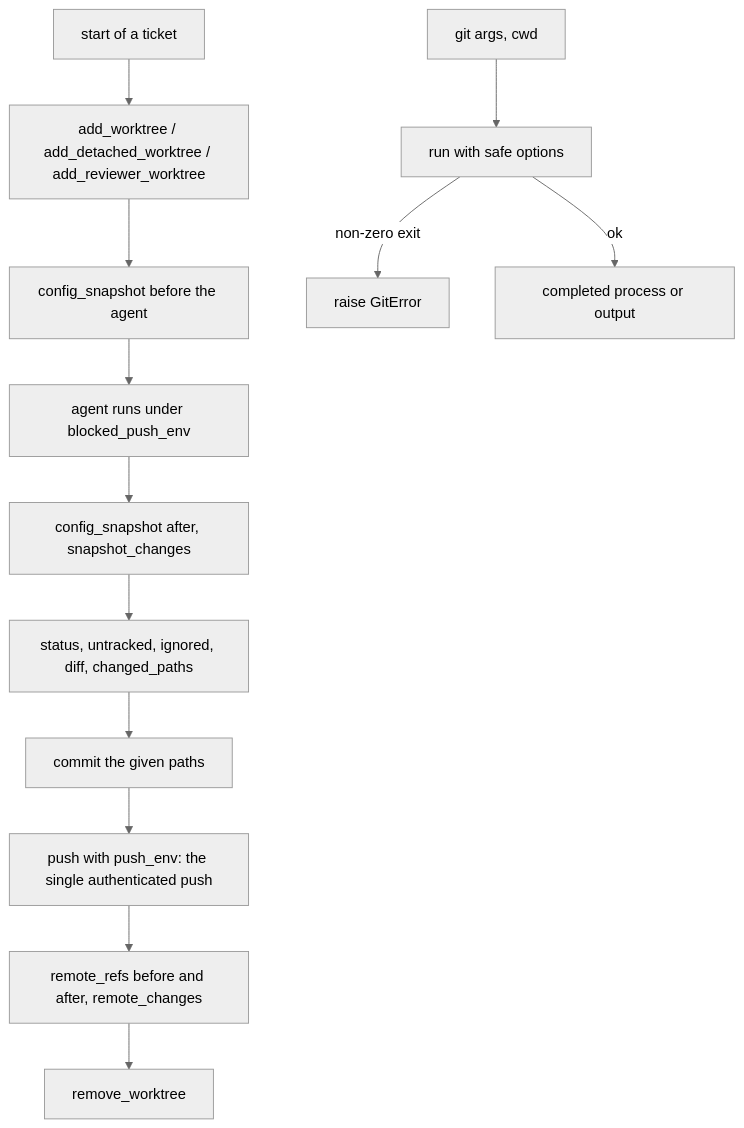
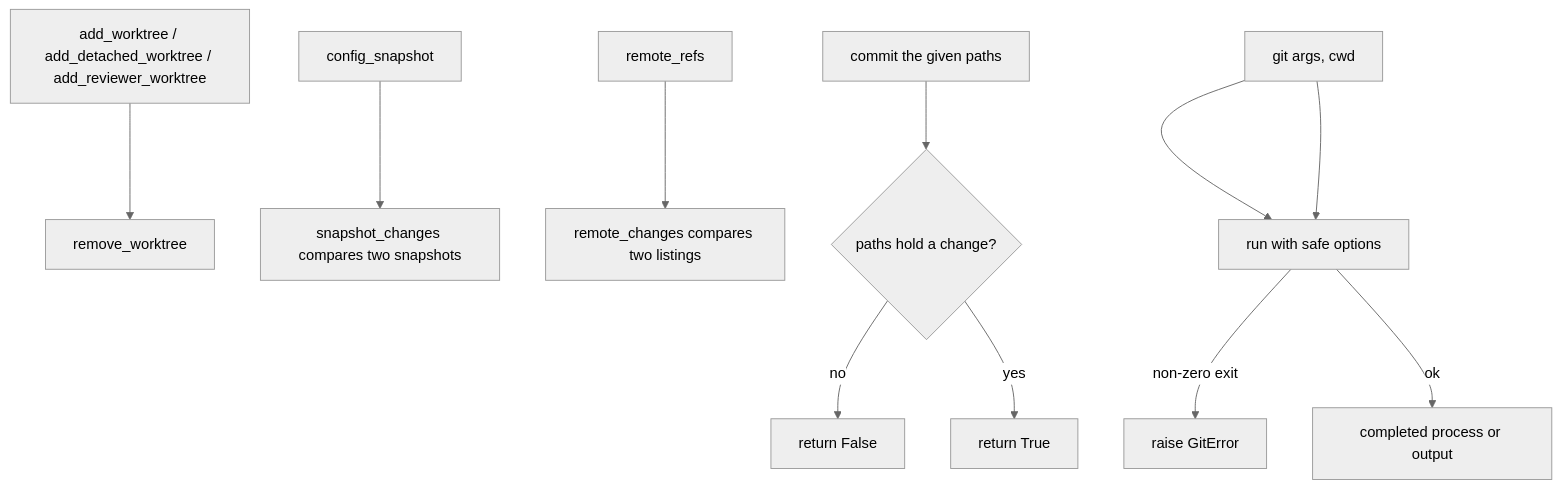
Before and after one commit to plaplanche/ariane: the first of 3 diagrams in docs/architecture/modules/git.md, drawn with Mermaid (neutral theme). The commit also changed other lines of this file and 3 other files, not shown here.

````diff
--- a/docs/architecture/modules/git.md
+++ b/docs/architecture/modules/git.md
@@ -64,15 +64,13 @@
 ```mermaid
 flowchart TD
-  A[start of a ticket] --> B[add_worktree / add_detached_worktree / add_reviewer_worktree]
-  B --> C[config_snapshot before the agent]
-  C --> D[agent runs under blocked_push_env]
-  D --> E[config_snapshot after, snapshot_changes]
-  E --> F[status, untracked, ignored, diff, changed_paths]
-  F --> G[commit the given paths]
-  G --> H[push with push_env: the single authenticated push]
-  H --> I[remote_refs before and after, remote_changes]
-  I --> J[remove_worktree]
+  A[add_worktree / add_detached_worktree / add_reviewer_worktree] --> B[remove_worktree]
+  C[config_snapshot] --> D[snapshot_changes compares two snapshots]
+  E[remote_refs] --> F[remote_changes compares two listings]
+  G[commit the given paths] --> H{paths hold a change?}
+  H -- no --> I[return False]
+  H -- yes --> J[return True]
+  K[push] --> L[push_env, one authenticated push, return the pushed commit]
   K[git args, cwd] --> L[run with safe options]
   L -- non-zero exit --> X[raise GitError]
   L -- ok --> M[completed process or output]
 ```
````
